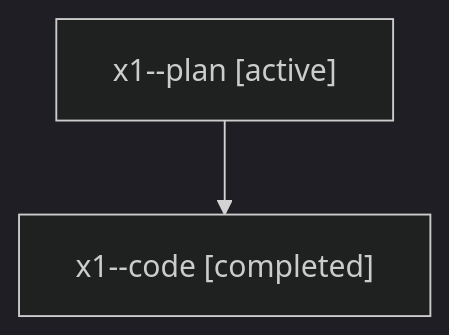
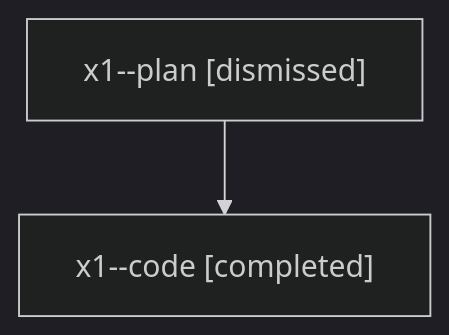
One commit to sase-org/sase--agents changed the diagram in sessions/bbugyi200.athena.x1.md. Above: the diagram before and after it, drawn with Mermaid (dark theme). The commit also changed other lines of this file and 30 other files, not shown here.

````diff
--- a/sessions/bbugyi200.athena.x1.md
+++ b/sessions/bbugyi200.athena.x1.md
@@ -9,6 +9,6 @@
 ```mermaid
 flowchart TD
-  n0["x1--plan [active]"]
+  n0["x1--plan [dismissed]"]
   n1["x1--code [completed]"]
   n0 --> n1
 ```
````
